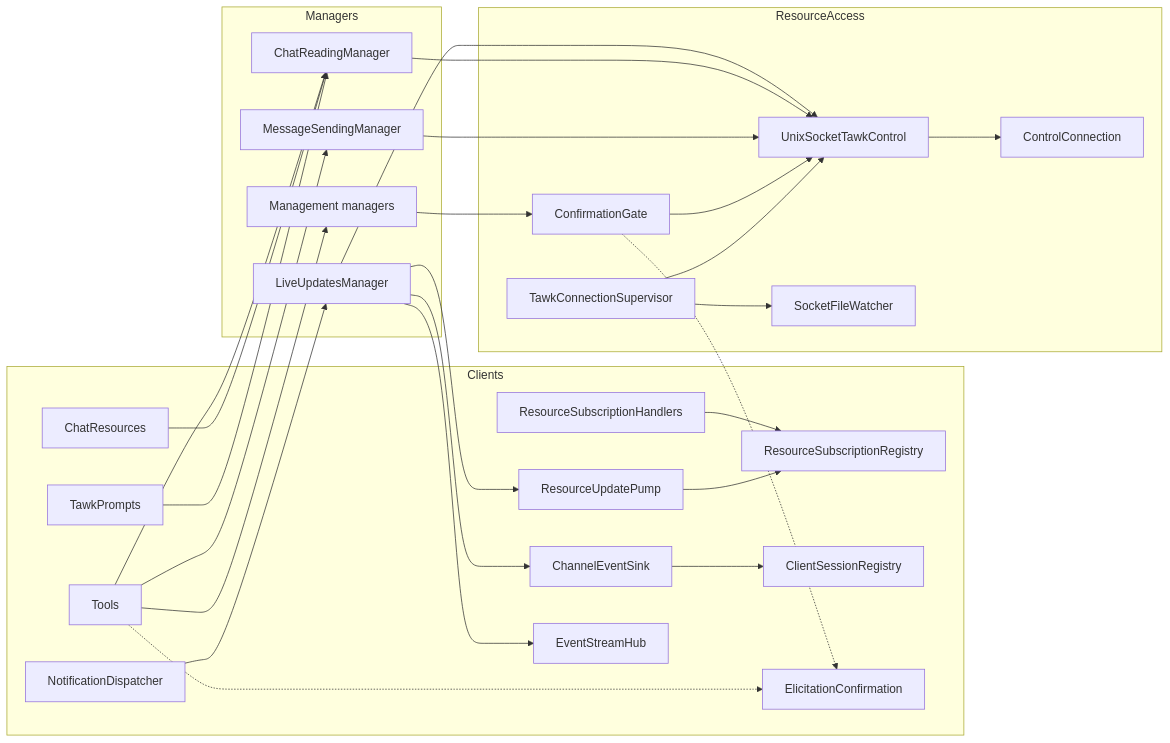
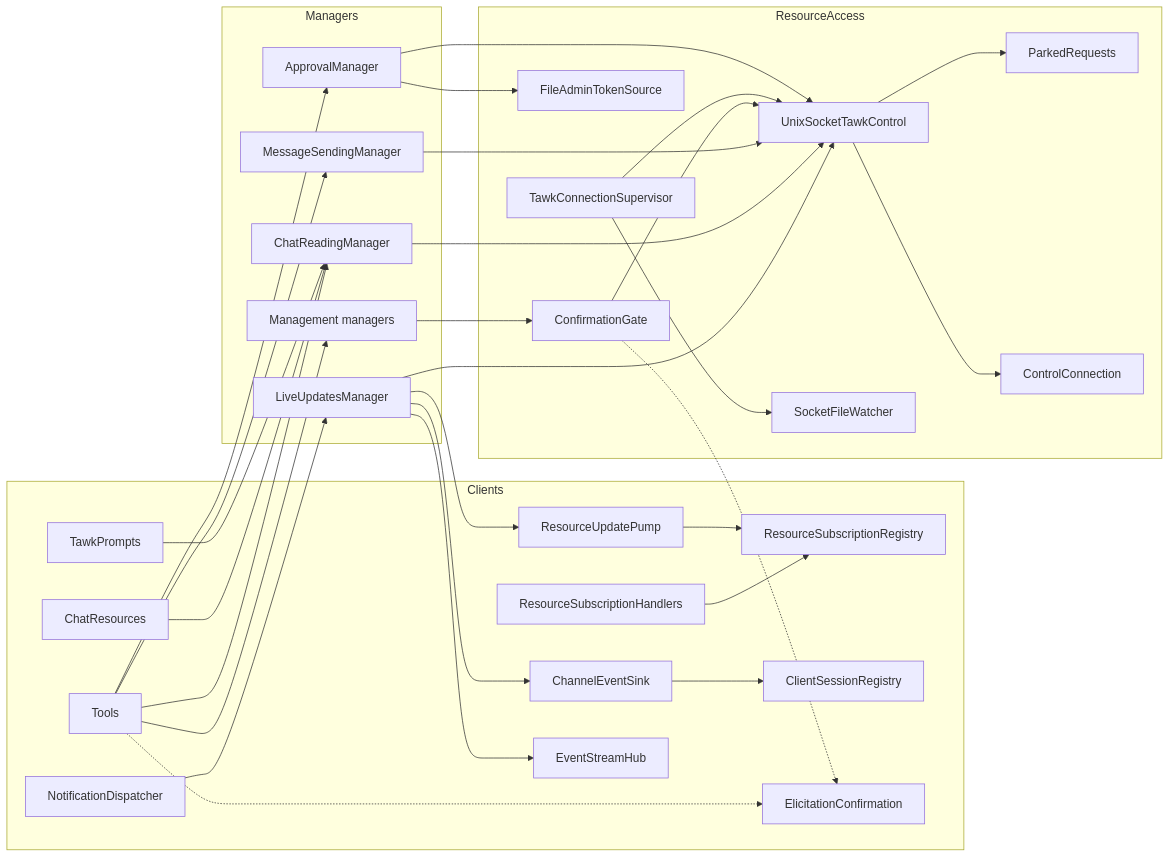
One commit to loganventer/Corvus.Mcp.Server.Tawk changed the second of 2 diagrams in ARCHITECTURE.md. Above: the diagram before and after it, drawn with Mermaid. The commit also changed other lines of this file and 6 other files, not shown here.

Commit message:
Document approving its own sends: settings, tools, risks and the flow

````diff
--- a/ARCHITECTURE.md
+++ b/ARCHITECTURE.md
@@ -67,44 +67,50 @@
 ```mermaid
 flowchart LR
     subgraph Clients
         TOOLS["Tools"]
         RES["ChatResources"]
         PR["TawkPrompts"]
         SUBH["ResourceSubscriptionHandlers"]
         REG["ResourceSubscriptionRegistry"]
         PUMP["ResourceUpdatePump"]
         CH["ChannelEventSink"]
         HUB["EventStreamHub"]
         SESS["ClientSessionRegistry"]
         DISP["NotificationDispatcher"]
         ELIC["ElicitationConfirmation"]
     end
     subgraph Managers
         READ["ChatReadingManager"]
         SEND["MessageSendingManager"]
         MANAGE["Management managers"]
+        APPROVE["ApprovalManager"]
         LIVE["LiveUpdatesManager"]
     end
     subgraph ResourceAccess
         GATE["ConfirmationGate"]
+        PARK["ParkedRequests"]
+        TOKEN["FileAdminTokenSource"]
         CTRL["UnixSocketTawkControl"]
         CONN["ControlConnection"]
         SUP["TawkConnectionSupervisor"]
         WATCH["SocketFileWatcher"]
     end
-    TOOLS --> READ & SEND & MANAGE
+    TOOLS --> READ & SEND & MANAGE & APPROVE
     TOOLS -.-> ELIC
     RES & PR --> READ
     SUBH --> REG
     DISP --> LIVE
     LIVE --> CTRL
     LIVE --> PUMP & CH & HUB
     PUMP --> REG
     CH --> SESS
     READ & SEND --> CTRL
     MANAGE --> GATE --> CTRL
     GATE -.-> ELIC
     SUP --> CTRL
     SUP --> WATCH
+    APPROVE --> CTRL
+    APPROVE --> TOKEN
+    CTRL --> PARK
     CTRL --> CONN
 ```
````
